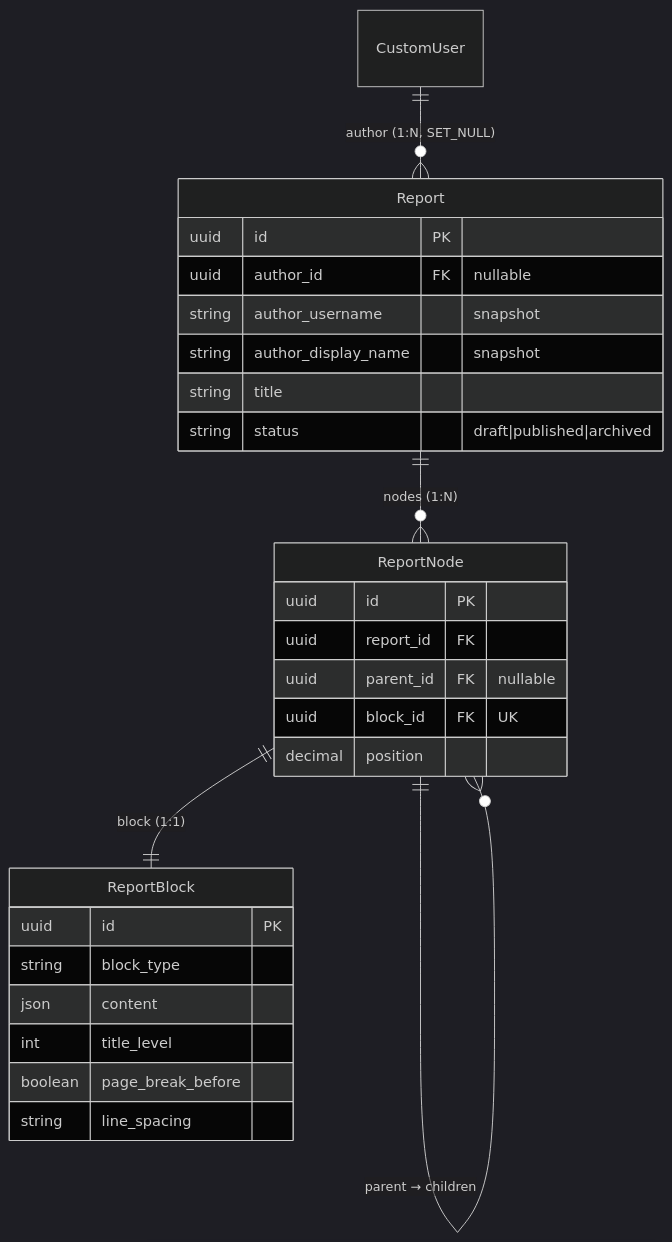
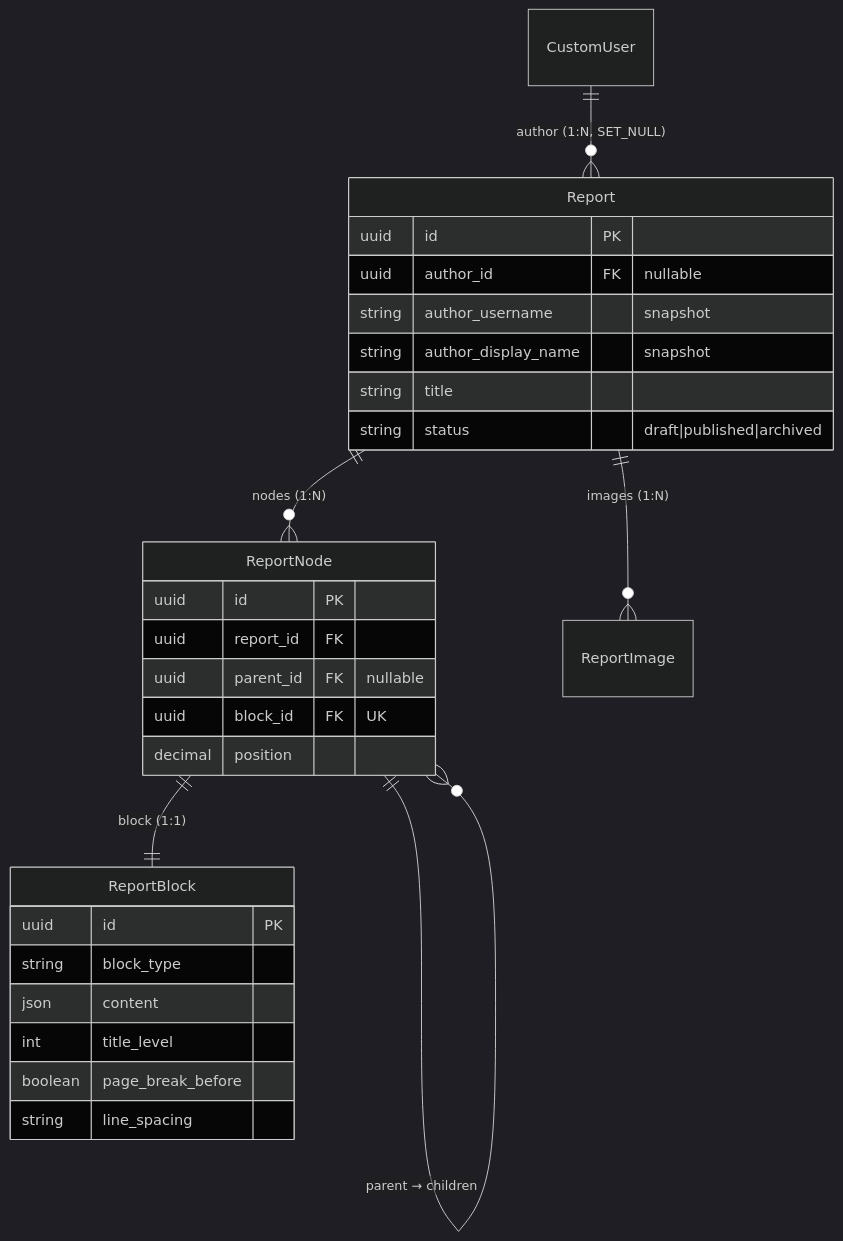
Before and after one commit to PeritoCriminal/reportline: the second of 2 diagrams in docs/architecture/07-reports.md, drawn with Mermaid (dark theme). The commit also changed other lines of this file and 1 other file, not shown here.

````diff
--- a/docs/architecture/07-reports.md
+++ b/docs/architecture/07-reports.md
@@ -295,33 +448,34 @@
 ```mermaid
 erDiagram
     CustomUser ||--o{ Report : "author (1:N, SET_NULL)"
     Report ||--o{ ReportNode : "nodes (1:N)"
+    Report ||--o{ ReportImage : "images (1:N)"
     ReportNode ||--|| ReportBlock : "block (1:1)"
     ReportNode ||--o{ ReportNode : "parent → children"
 
     Report {
         uuid id PK
         uuid author_id FK "nullable"
         string author_username "snapshot"
         string author_display_name "snapshot"
         string title
         string status "draft|published|archived"
     }
 
     ReportNode {
         uuid id PK
         uuid report_id FK
         uuid parent_id FK "nullable"
         uuid block_id FK "UK"
         decimal position
     }
 
     ReportBlock {
         uuid id PK
         string block_type
         json content
         int title_level
         boolean page_break_before
         string line_spacing
     }
 ```
````
